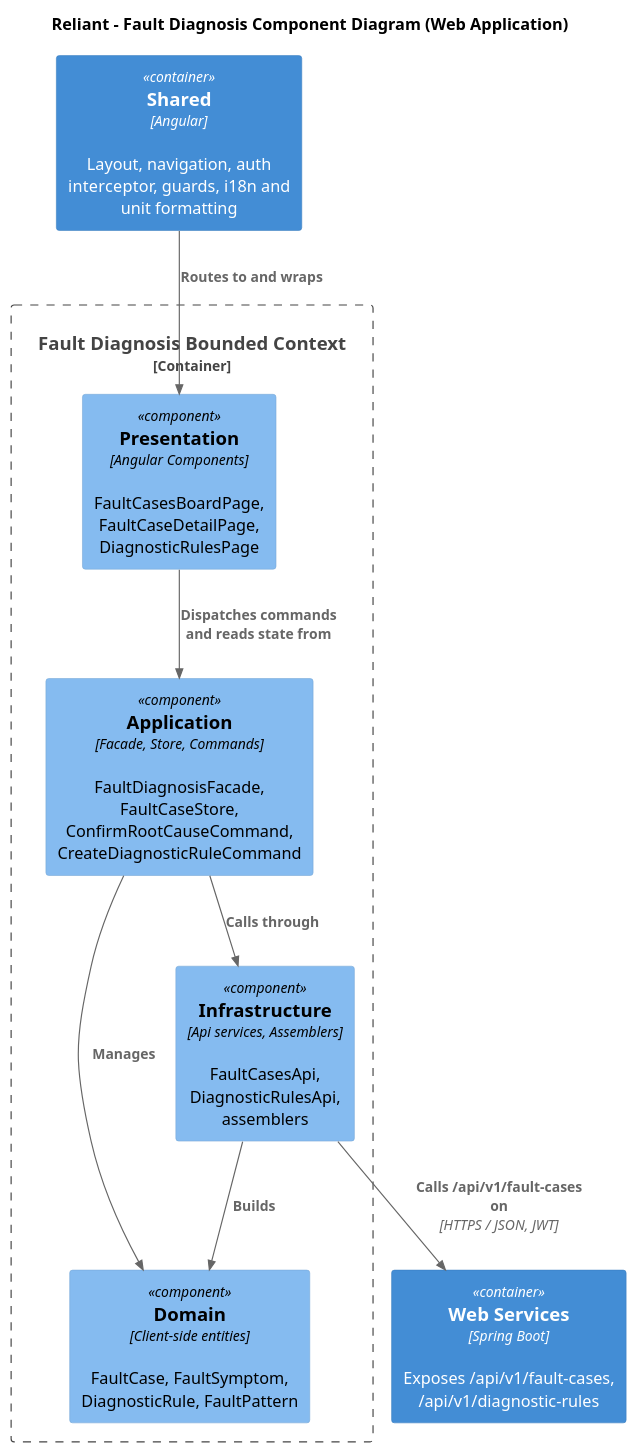
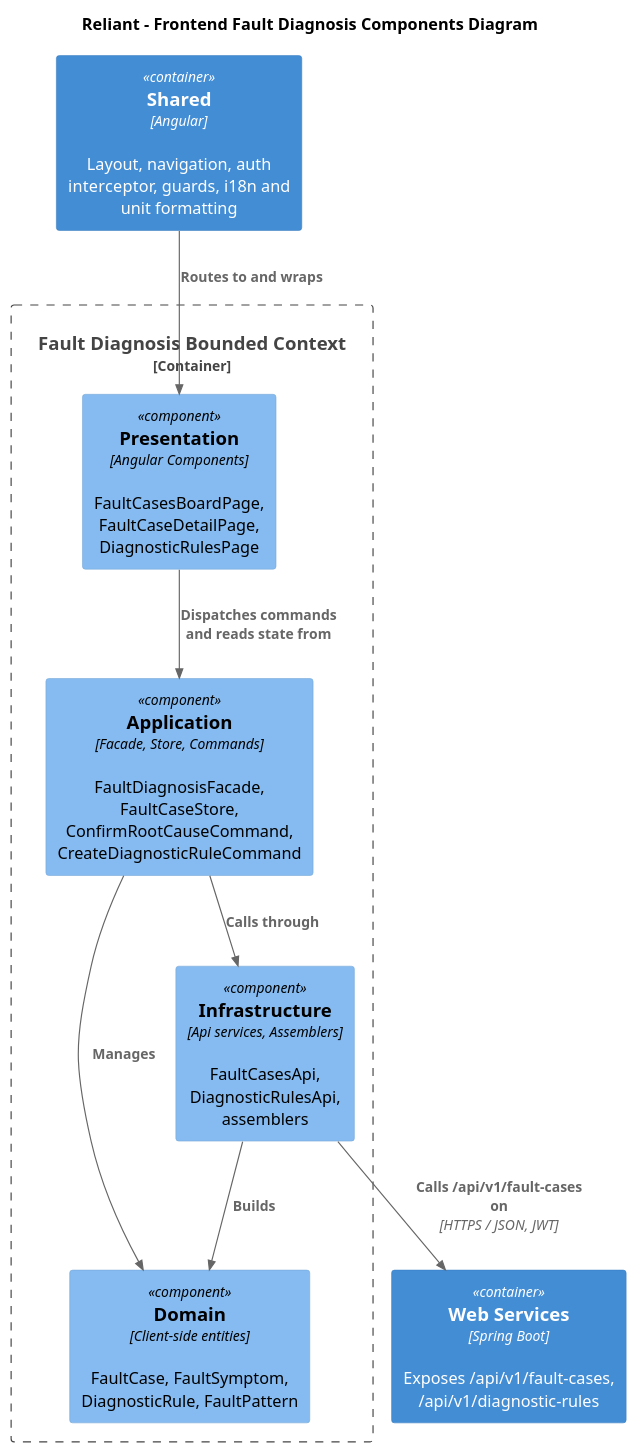
Before and after one commit to upc-pre-202620-1asi0729-7753-innovacorp/reliant-report: the diagram in assets/scripts/chapter-iv/component-diagrams/reliant-c4-components-faultdiagnosis-web-application.puml, drawn with PlantUML. The commit also changed 61 other files, not shown here.

```diff
--- a/assets/scripts/chapter-iv/component-diagrams/reliant-c4-components-faultdiagnosis-web-application.puml
+++ b/assets/scripts/chapter-iv/component-diagrams/reliant-c4-components-faultdiagnosis-web-application.puml
@@ -1,22 +1,22 @@
 @startuml "Components-FaultDiagnosis-Frontend"
 !includeurl https://raw.githubusercontent.com/plantuml-stdlib/C4-PlantUML/master/C4_Component.puml
 
-title Reliant - Fault Diagnosis Component Diagram (Web Application)
+title Reliant - Frontend Fault Diagnosis Components Diagram
 
 Container(api, "Web Services", "Spring Boot", "Exposes /api/v1/fault-cases, /api/v1/diagnostic-rules")
 Container(shared, "Shared", "Angular", "Layout, navigation, auth interceptor, guards, i18n and unit formatting")
 
 Container_Boundary(bc, "Fault Diagnosis Bounded Context") {
     Component(presentation, "Presentation", "Angular Components", "FaultCasesBoardPage, FaultCaseDetailPage, DiagnosticRulesPage")
     Component(application, "Application", "Facade, Store, Commands", "FaultDiagnosisFacade, FaultCaseStore, ConfirmRootCauseCommand, CreateDiagnosticRuleCommand")
     Component(domain, "Domain", "Client-side entities", "FaultCase, FaultSymptom, DiagnosticRule, FaultPattern")
     Component(infrastructure, "Infrastructure", "Api services, Assemblers", "FaultCasesApi, DiagnosticRulesApi, assemblers")
 }
 
 Rel(shared, presentation, "Routes to and wraps")
 Rel(presentation, application, "Dispatches commands and reads state from")
 Rel(application, domain, "Manages")
 Rel(application, infrastructure, "Calls through")
 Rel(infrastructure, domain, "Builds")
 Rel(infrastructure, api, "Calls /api/v1/fault-cases on", "HTTPS / JSON, JWT")
 @enduml
```
